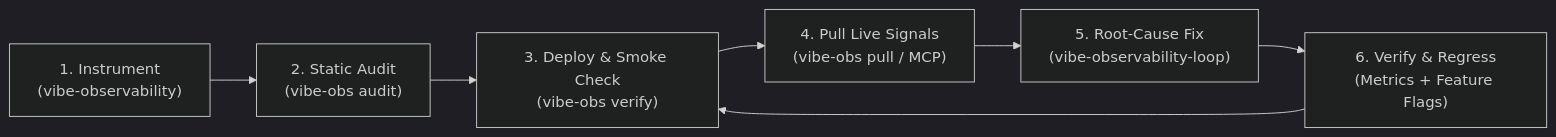
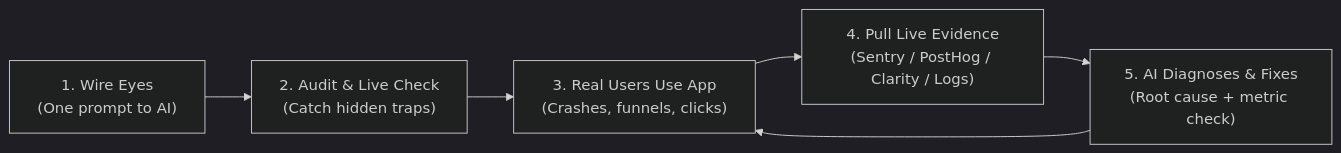
Before and after one commit to realchendahuang/vibe-observability: the diagram in README.md, drawn with Mermaid (dark theme). The commit also changed other lines of this file and 1 other file, not shown here.

````diff
--- a/README.md
+++ b/README.md
@@ -75,9 +68,8 @@
 ```mermaid
 flowchart LR
-    A["1. Instrument\n(vibe-observability)"] --> B["2. Static Audit\n(vibe-obs audit)"]
-    B --> C["3. Deploy & Smoke Check\n(vibe-obs verify)"]
-    C --> D["4. Pull Live Signals\n(vibe-obs pull / MCP)"]
-    D --> E["5. Root-Cause Fix\n(vibe-observability-loop)"]
-    E --> F["6. Verify & Regress\n(Metrics + Feature Flags)"]
-    F --> C
+    A["1. Wire Eyes\n(One prompt to AI)"] --> B["2. Audit & Live Check\n(Catch hidden traps)"]
+    B --> C["3. Real Users Use App\n(Crashes, funnels, clicks)"]
+    C --> D["4. Pull Live Evidence\n(Sentry / PostHog / Clarity / Logs)"]
+    D --> E["5. AI Diagnoses & Fixes\n(Root cause + metric check)"]
+    E --> C
 ```
````
